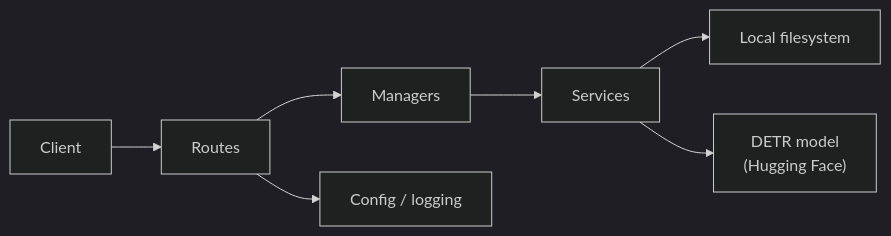
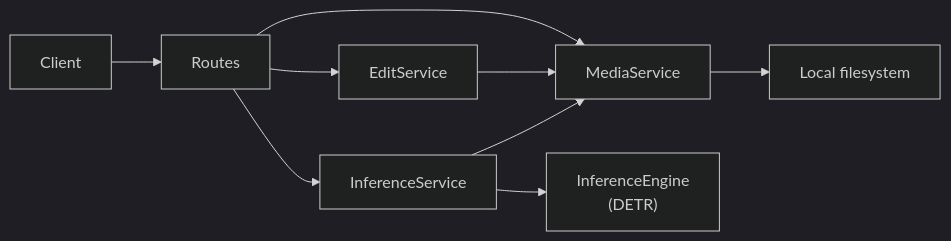
Before and after one commit to Climber1705/image-processing-api: the diagram in README.md, drawn with Mermaid (dark theme). The commit also changed other lines of this file and 33 other files, not shown here.

````diff
--- a/README.md
+++ b/README.md
@@ -21,9 +31,11 @@
 ```mermaid
 flowchart LR
   Client --> Routes
-  Routes --> Managers
-  Managers --> Services
-  Services --> LocalFS["Local filesystem"]
-  Services --> DETR["DETR model\n(Hugging Face)"]
-  Routes --> Core["Config / logging"]
+  Routes --> MediaService
+  Routes --> EditService
+  Routes --> InferenceService
+  InferenceService --> Engine["InferenceEngine\n(DETR)"]
+  MediaService --> Storage["Local filesystem"]
+  EditService --> MediaService
+  InferenceService --> MediaService
 ```
````
